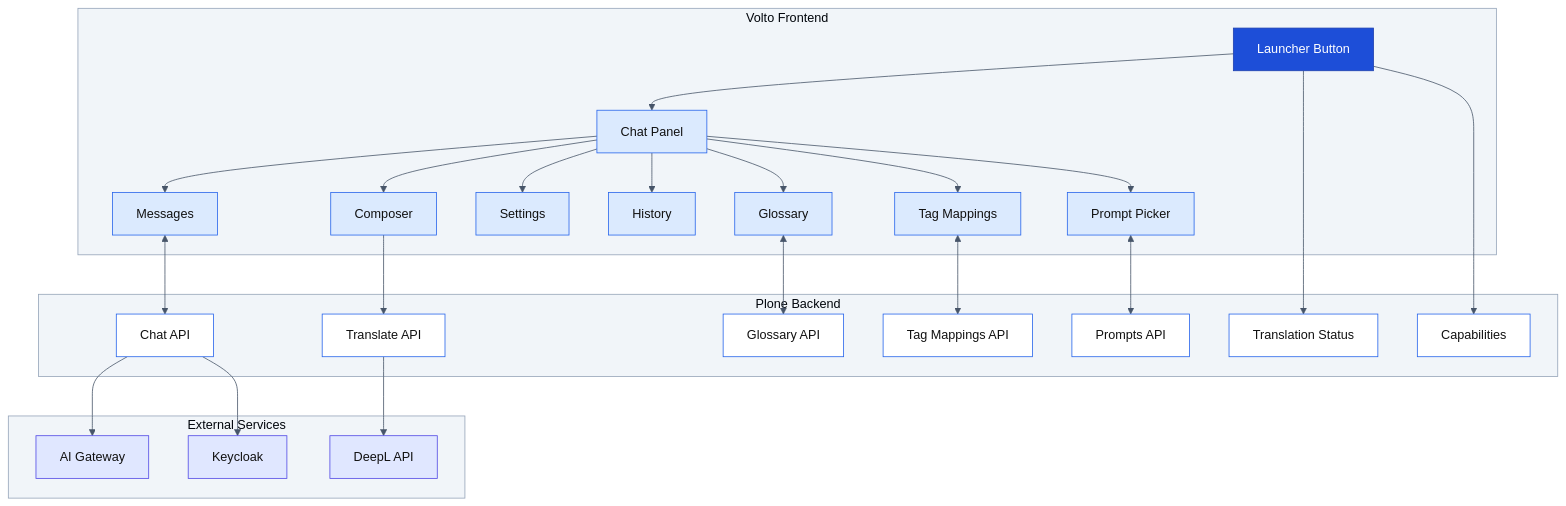
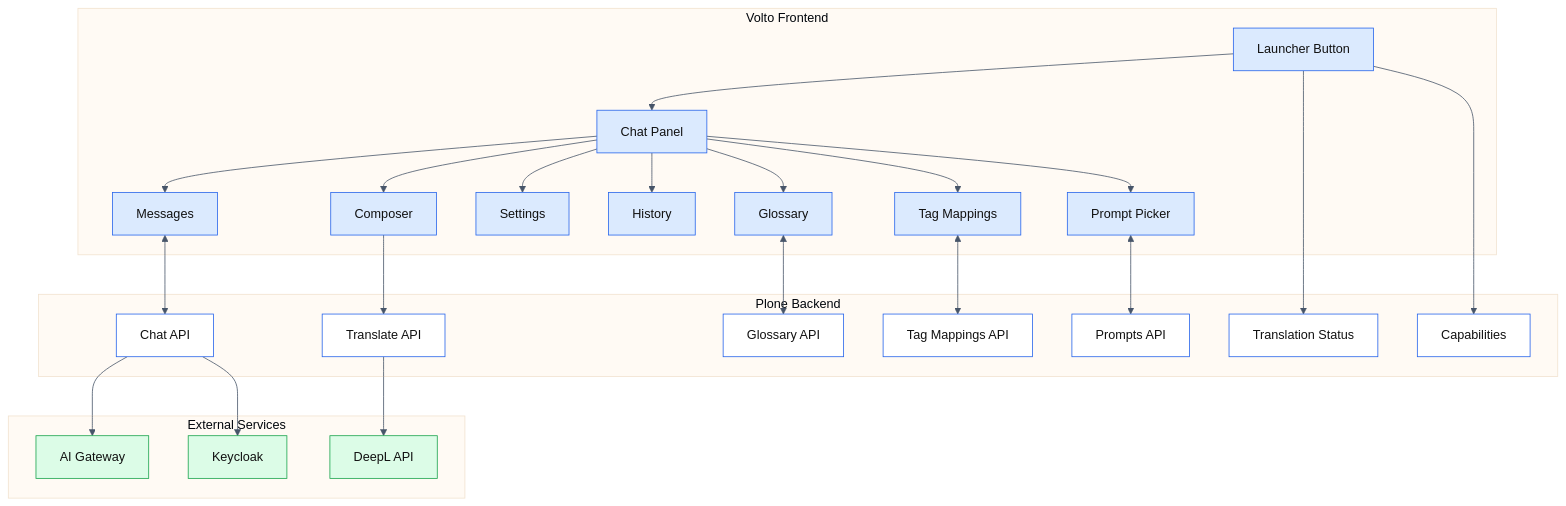
The fifth of 6 diagrams in README.md (interaktivgmbh/volto-interaktiv-kyra), drawn with Mermaid before and after one commit. The commit also changed other lines of this file, not shown here.

Commit message:
Expand README with detailed roadmap, improved feature descriptions, and updated Mermaid diagram styles.

````diff
--- a/README.md
+++ b/README.md
@@ -223,54 +243,61 @@
 ```mermaid
-%%{init: {'theme': 'base', 'themeVariables': {'primaryColor': '#dbeafe', 'primaryBorderColor': '#2563eb', 'primaryTextColor': '#111', 'lineColor': '#475569', 'clusterBkg': '#f1f5f9', 'clusterBorder': '#94a3b8'}}}%%
+%%{init: {'theme': 'base', 'themeVariables': {'primaryColor': '#dbeafe', 'primaryBorderColor': '#2563eb', 'primaryTextColor': '#111', 'lineColor': '#475569'}}}%%
 flowchart TD
     subgraph Frontend["Volto Frontend"]
         L["Launcher Button"] --> P["Chat Panel"]
         P --> Chat["Messages"]
         P --> Comp["Composer"]
         P --> Set["Settings"]
         P --> Hist["History"]
         P --> Gloss["Glossary"]
         P --> Tags["Tag Mappings"]
         P --> Prom["Prompt Picker"]
     end
 
     subgraph Backend["Plone Backend"]
         C1["Chat API"]
         C2["Translate API"]
         C3["Prompts API"]
         C4["Glossary API"]
         C5["Tag Mappings API"]
         C6["Translation Status"]
         C7["Capabilities"]
     end
 
     subgraph Services["External Services"]
         GW["AI Gateway"]
         DL["DeepL API"]
         KC["Keycloak"]
     end
 
     Chat <--> C1
     Comp --> C2
     Prom <--> C3
     Gloss <--> C4
     Tags <--> C5
     L --> C6
     L --> C7
     C1 --> GW
     C1 --> KC
     C2 --> DL
 
-    style L fill:#1d4ed8,stroke:#1e40af,color:#fff
+    style L fill:#dbeafe,stroke:#2563eb,color:#111
     style P fill:#dbeafe,stroke:#2563eb,color:#111
-    style GW fill:#e0e7ff,stroke:#4f46e5,color:#111
-    style DL fill:#e0e7ff,stroke:#4f46e5,color:#111
-    style KC fill:#e0e7ff,stroke:#4f46e5,color:#111
+    style Chat fill:#dbeafe,stroke:#2563eb,color:#111
+    style Comp fill:#dbeafe,stroke:#2563eb,color:#111
+    style Set fill:#dbeafe,stroke:#2563eb,color:#111
+    style Hist fill:#dbeafe,stroke:#2563eb,color:#111
+    style Gloss fill:#dbeafe,stroke:#2563eb,color:#111
+    style Tags fill:#dbeafe,stroke:#2563eb,color:#111
+    style Prom fill:#dbeafe,stroke:#2563eb,color:#111
     style C1 fill:#fff,stroke:#2563eb,color:#111
     style C2 fill:#fff,stroke:#2563eb,color:#111
     style C3 fill:#fff,stroke:#2563eb,color:#111
     style C4 fill:#fff,stroke:#2563eb,color:#111
     style C5 fill:#fff,stroke:#2563eb,color:#111
     style C6 fill:#fff,stroke:#2563eb,color:#111
     style C7 fill:#fff,stroke:#2563eb,color:#111
+    style GW fill:#dcfce7,stroke:#16a34a,color:#111
+    style DL fill:#dcfce7,stroke:#16a34a,color:#111
+    style KC fill:#dcfce7,stroke:#16a34a,color:#111
 ```
````
